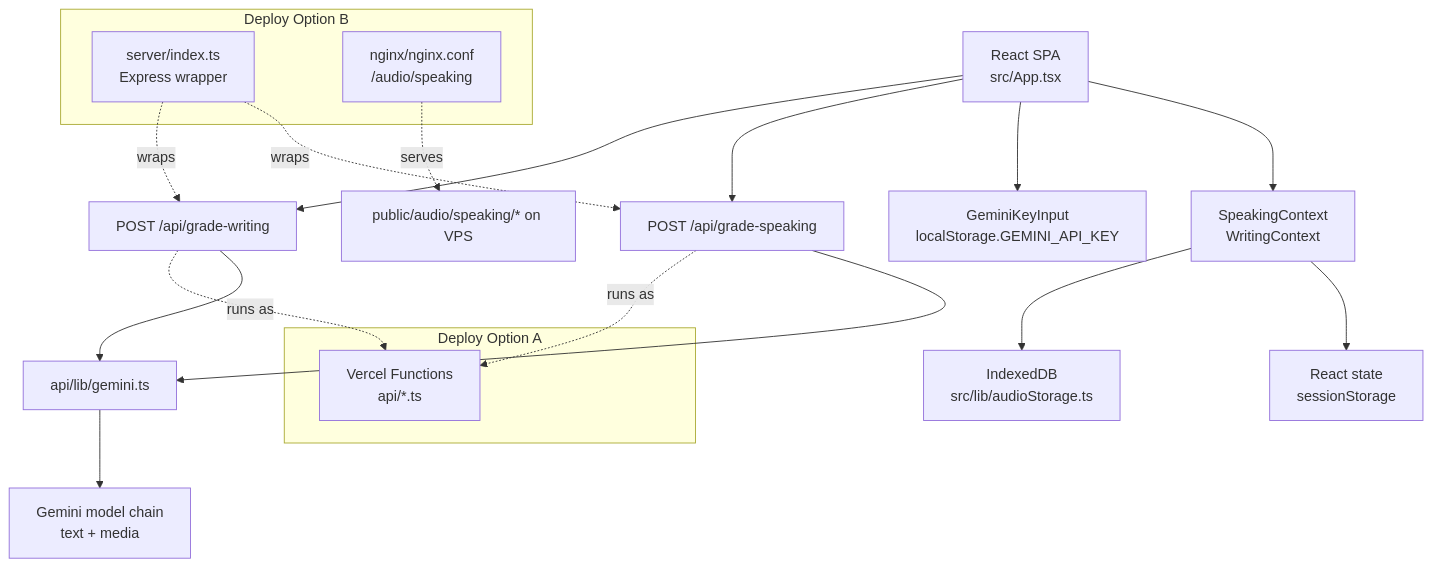
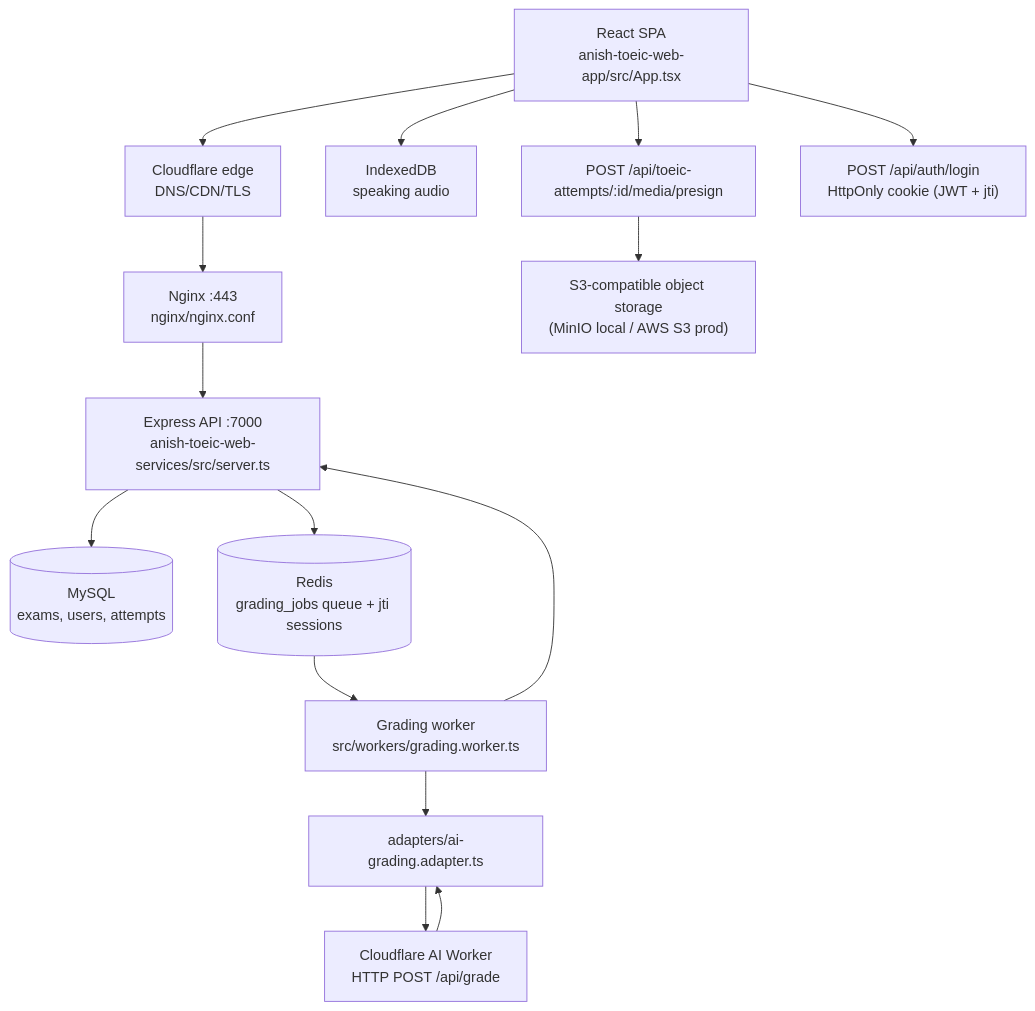
One commit to initforge/mini-ielts.score changed the diagram in docs/01-technical-specification.md. Above: the diagram before and after it, drawn with Mermaid. The commit also changed other lines of this file and 1068 other files, not shown here.

````diff
--- a/docs/01-technical-specification.md
+++ b/docs/01-technical-specification.md
@@ -27,29 +27,17 @@
 ```mermaid
 flowchart TB
-  Browser["React SPA\nsrc/App.tsx"] --> Contexts["SpeakingContext\nWritingContext"]
-  Contexts --> LocalState["React state\nsessionStorage"]
-  Contexts --> IndexedDB["IndexedDB\nsrc/lib/audioStorage.ts"]
-  Browser --> Key["GeminiKeyInput\nlocalStorage.GEMINI_API_KEY"]
-
-  Browser --> SpeakingAPI["POST /api/grade-speaking"]
-  Browser --> WritingAPI["POST /api/grade-writing"]
-
-  SpeakingAPI --> GeminiLib["api/lib/gemini.ts"]
-  WritingAPI --> GeminiLib
-  GeminiLib --> Models["Gemini model chain\ntext + media"]
-
-  subgraph "Deploy Option A"
-    Vercel["Vercel Functions\napi/*.ts"]
-  end
-
-  subgraph "Deploy Option B"
-    Express["server/index.ts\nExpress wrapper"]
-    Nginx["nginx/nginx.conf\n/audio/speaking"]
-  end
-
-  SpeakingAPI -. runs as .-> Vercel
-  WritingAPI -. runs as .-> Vercel
-  Express -. wraps .-> SpeakingAPI
-  Express -. wraps .-> WritingAPI
-  Nginx -. serves .-> Audio["public/audio/speaking/* on VPS"]
+  Browser["React SPA\nanish-toeic-web-app/src/App.tsx"] --> Edge["Cloudflare edge\nDNS/CDN/TLS"]
+  Edge --> Nginx["Nginx :443\nnginx/nginx.conf"]
+  Nginx --> API["Express API :7000\nanish-toeic-web-services/src/server.ts"]
+  API --> DB[(MySQL\nexams, users, attempts)]
+  API --> Redis[(Redis\ngrading_jobs queue + jti sessions)]
+  Redis --> Worker["Grading worker\nsrc/workers/grading.worker.ts"]
+  Worker --> Adapter["adapters/ai-grading.adapter.ts"]
+  Adapter --> CFWorker["Cloudflare AI Worker\nHTTP POST /api/grade"]
+  CFWorker --> Adapter
+  Worker --> API
+  Browser --> IDB["IndexedDB\nspeaking audio"]
+  Browser --> Presign["POST /api/toeic-attempts/:id/media/presign"]
+  Presign --> S3["S3-compatible object storage\n(MinIO local / AWS S3 prod)"]
+  Browser --> Auth["POST /api/auth/login\nHttpOnly cookie (JWT + jti)"]
 ```
````
